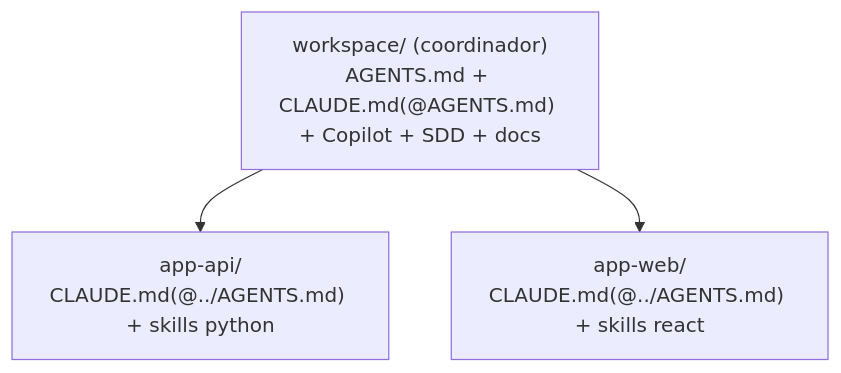
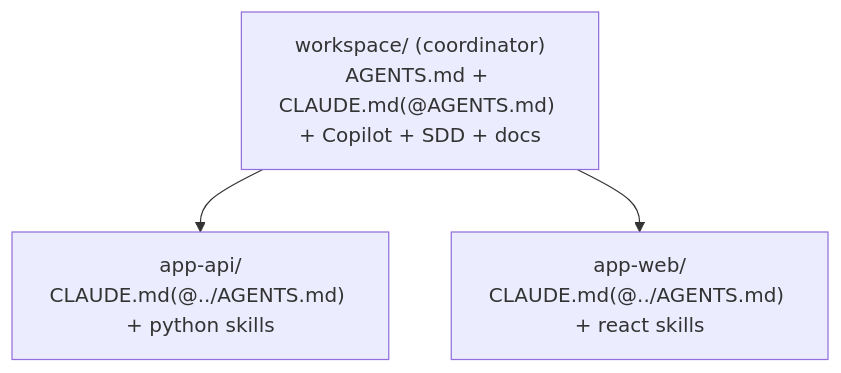
The diagram in docs/project/USAGE.md (grojof/ai-workspace-generator), drawn with Mermaid before and after one commit. The commit also changed other lines of this file and 16 other files, not shown here.

````diff
--- a/docs/project/USAGE.md
+++ b/docs/project/USAGE.md
@@ -210,6 +212,6 @@
 ```mermaid
 flowchart TD
-  ROOT["workspace/ (coordinador)<br/>AGENTS.md + CLAUDE.md(@AGENTS.md) + Copilot + SDD + docs"]
-  ROOT --> A["app-api/<br/>CLAUDE.md(@../AGENTS.md) + skills python"]
-  ROOT --> B["app-web/<br/>CLAUDE.md(@../AGENTS.md) + skills react"]
+  ROOT["workspace/ (coordinator)<br/>AGENTS.md + CLAUDE.md(@AGENTS.md) + Copilot + SDD + docs"]
+  ROOT --> A["app-api/<br/>CLAUDE.md(@../AGENTS.md) + python skills"]
+  ROOT --> B["app-web/<br/>CLAUDE.md(@../AGENTS.md) + react skills"]
 ```
````
